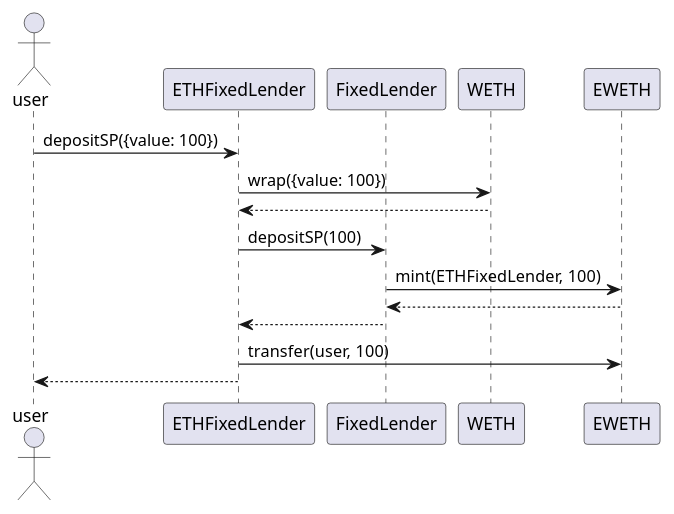
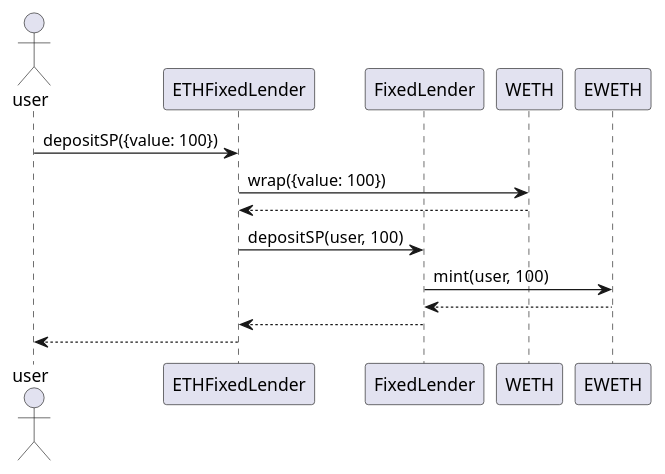
One commit to exactly/protocol changed the third of 4 diagrams in docs/ad-hoc-research.rst. Above: the diagram before and after it, drawn with PlantUML. The commit also changed other lines of this file, not shown here.

```diff
--- a/docs/ad-hoc-research.rst
+++ b/docs/ad-hoc-research.rst
@@ -259,18 +258,17 @@
 .. uml::
     :caption: depositSP
 
     actor user
     participant ETHFixedLender
     participant FixedLender
     participant WETH
     participant EWETH
 
     user -> ETHFixedLender: depositSP({value: 100})
     ETHFixedLender -> WETH: wrap({value: 100})
     ETHFixedLender <-- WETH
-    ETHFixedLender -> FixedLender: depositSP(100)
-    FixedLender -> EWETH: mint(ETHFixedLender, 100)
+    ETHFixedLender -> FixedLender: depositSP(user, 100)
+    FixedLender -> EWETH: mint(user, 100)
     FixedLender <-- EWETH
     ETHFixedLender <-- FixedLender
-    ETHFixedLender -> EWETH: transfer(user, 100)
     user <--ETHFixedLender
```
